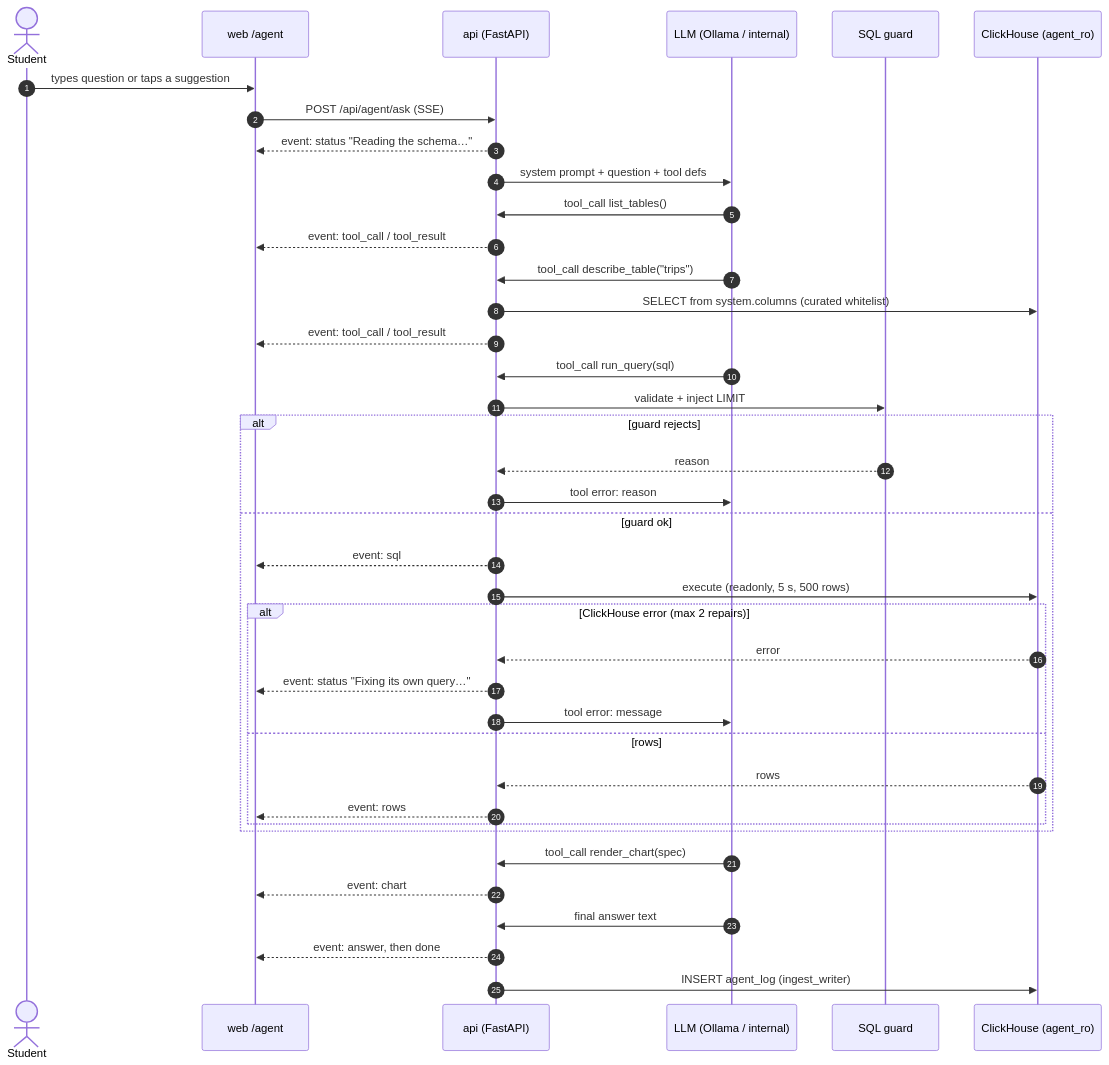
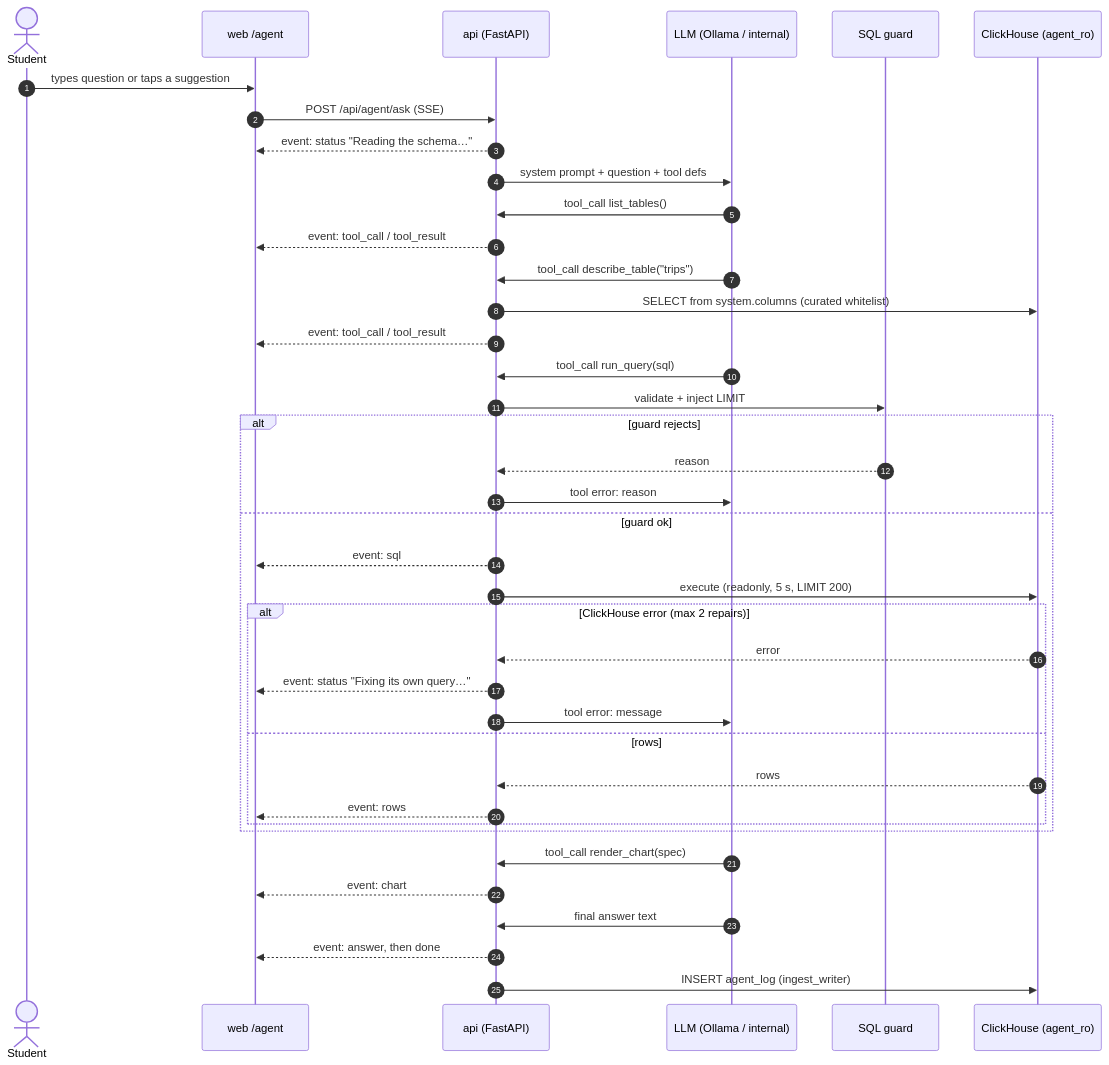
The third of 12 diagrams in docs/DIAGRAMS.md (VasileBordeiA/aod_dateEngineering), drawn with Mermaid before and after one commit. The commit also changed 10 other files, not shown here.

````diff
--- a/docs/DIAGRAMS.md
+++ b/docs/DIAGRAMS.md
@@ -117,42 +117,42 @@
 ```mermaid
 sequenceDiagram
     autonumber
     actor S as Student
     participant UI as web /agent
     participant API as api (FastAPI)
     participant LLM as LLM (Ollama / internal)
     participant G as SQL guard
     participant CH as ClickHouse (agent_ro)
 
     S->>UI: types question or taps a suggestion
     UI->>API: POST /api/agent/ask (SSE)
     API-->>UI: event: status "Reading the schema…"
     API->>LLM: system prompt + question + tool defs
     LLM->>API: tool_call list_tables()
     API-->>UI: event: tool_call / tool_result
     LLM->>API: tool_call describe_table("trips")
     API->>CH: SELECT from system.columns (curated whitelist)
     API-->>UI: event: tool_call / tool_result
     LLM->>API: tool_call run_query(sql)
     API->>G: validate + inject LIMIT
     alt guard rejects
         G-->>API: reason
         API->>LLM: tool error: reason
     else guard ok
         API-->>UI: event: sql
-        API->>CH: execute (readonly, 5 s, 500 rows)
+        API->>CH: execute (readonly, 5 s, LIMIT 200)
         alt ClickHouse error (max 2 repairs)
             CH-->>API: error
             API-->>UI: event: status "Fixing its own query…"
             API->>LLM: tool error: message
         else rows
             CH-->>API: rows
             API-->>UI: event: rows
         end
     end
     LLM->>API: tool_call render_chart(spec)
     API-->>UI: event: chart
     LLM->>API: final answer text
     API-->>UI: event: answer, then done
     API->>CH: INSERT agent_log (ingest_writer)
 ```
````
